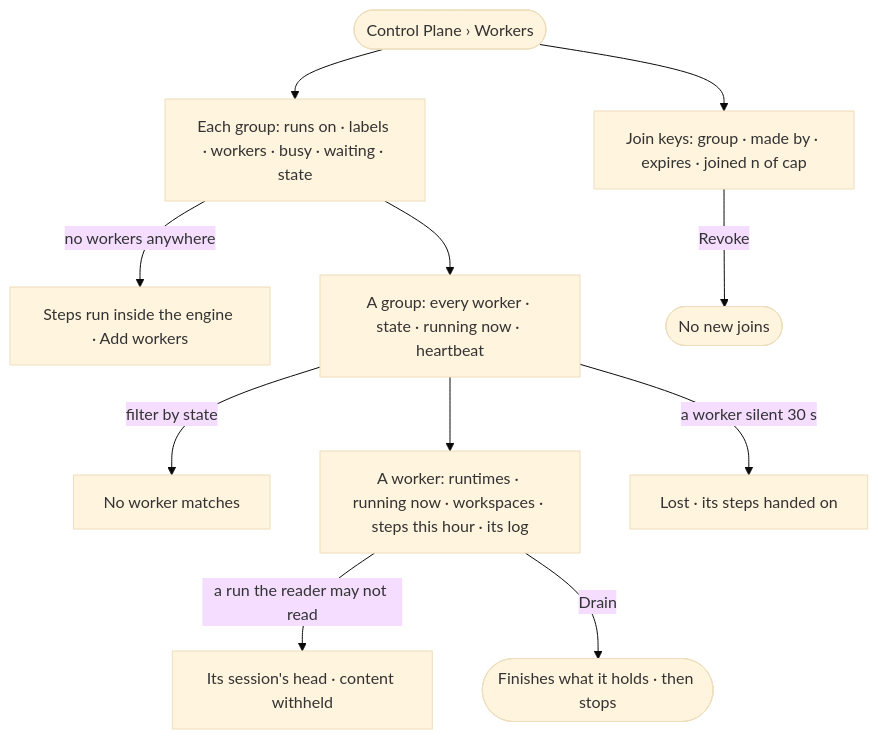
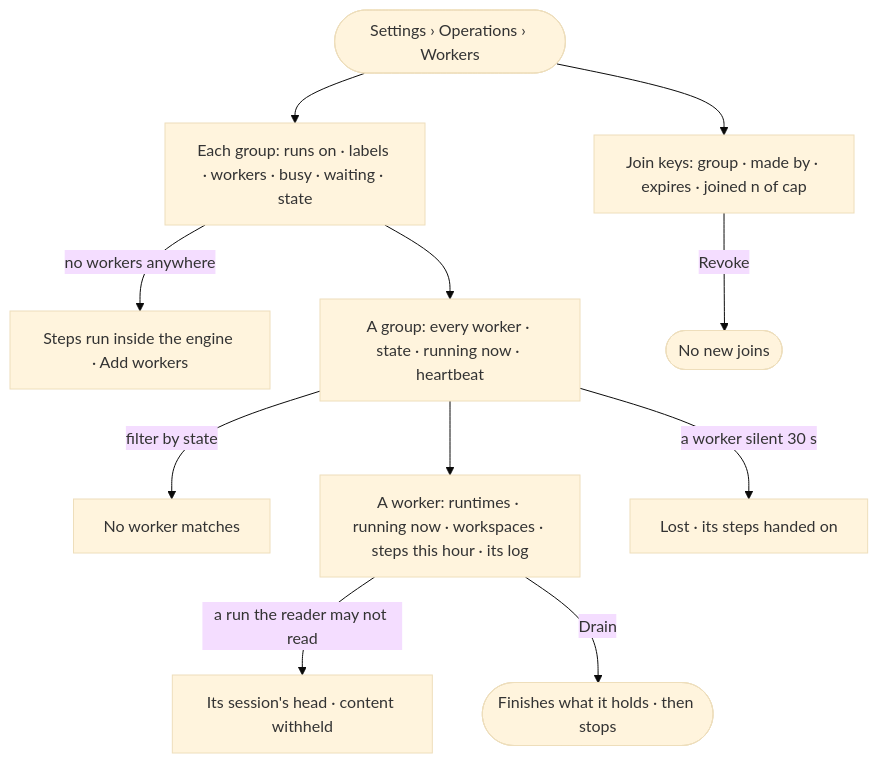
The diagram in specs/os/control/features/CP-F03-workers-and-the-queue/stories/CP-09-see-every-worker-and-what-it-is-running/story.md (invana/invana), drawn with Mermaid (base theme) before and after one commit. The commit also changed 106 other files, not shown here.

````diff
--- a/specs/os/control/features/CP-F03-workers-and-the-queue/stories/CP-09-see-every-worker-and-what-it-is-running/story.md
+++ b/specs/os/control/features/CP-F03-workers-and-the-queue/stories/CP-09-see-every-worker-and-what-it-is-running/story.md
@@ -26,13 +26,13 @@
 ```mermaid
 flowchart TD
-  s([Control Plane › Workers]) --> g["Each group: runs on · labels · workers · busy · waiting · state"]
+  s([Settings › Operations › Workers]) --> g["Each group: runs on · labels · workers · busy · waiting · state"]
   g -->|no workers anywhere| nw["Steps run inside the engine · Add workers"]
   g --> grp["A group: every worker · state · running now · heartbeat"]
   grp -->|filter by state| f["No worker matches"]
   grp --> w["A worker: runtimes · running now · workspaces · steps this hour · its log"]
   w -->|a run the reader may not read| wh["Its session's head · content withheld"]
   w -->|Drain| d(["Finishes what it holds · then stops"])
   grp -->|a worker silent 30 s| lost["Lost · its steps handed on"]
   s --> keys["Join keys: group · made by · expires · joined n of cap"]
   keys -->|Revoke| rv(["No new joins"])
 ```
````
